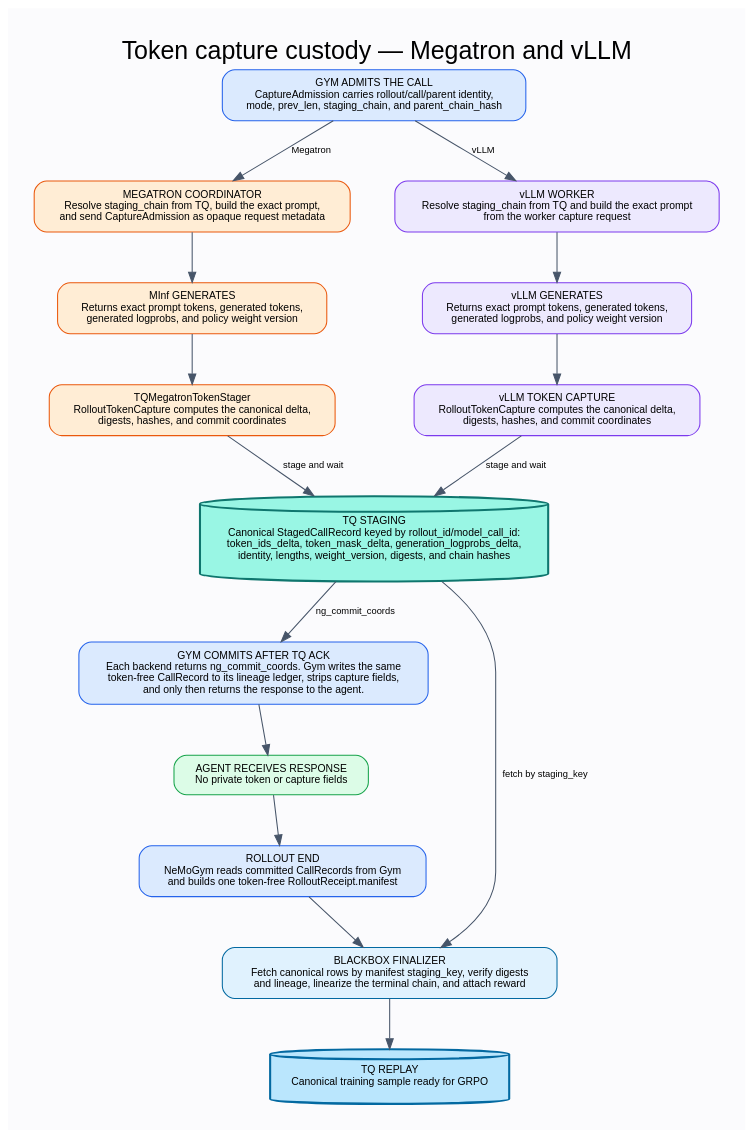
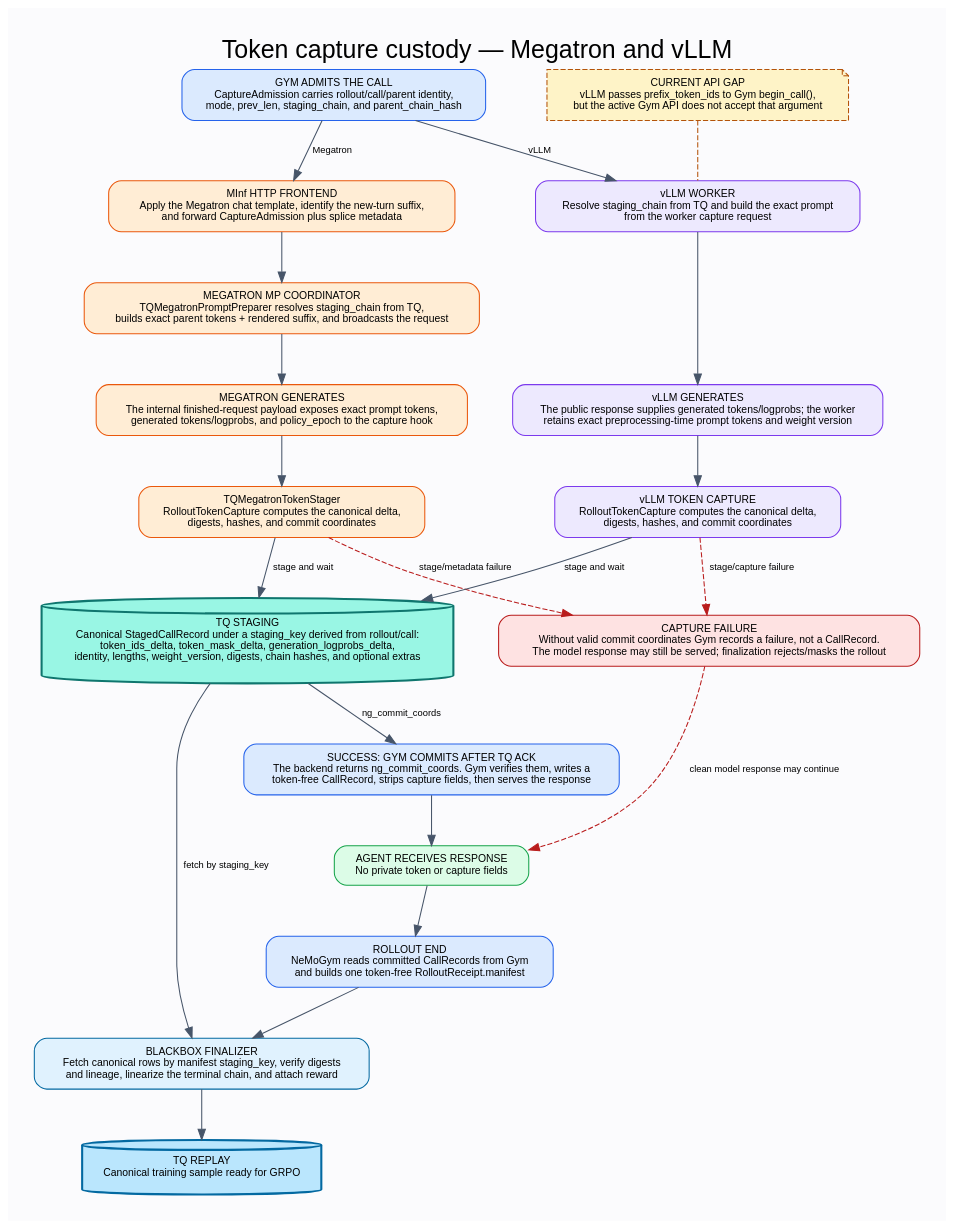
Before and after one commit to lauradang/RL: the diagram in docs/assets/token-capture-ledger-queue-data-flow.dot, drawn with Graphviz. The commit also changed 1 other file, not shown here.

Commit message:
docs(token-capture): clarify backend custody flow

```diff
--- a/docs/assets/token-capture-ledger-queue-data-flow.dot
+++ b/docs/assets/token-capture-ledger-queue-data-flow.dot
@@ -1,128 +1,153 @@
 digraph token_capture_flow {
   graph [
     rankdir=TB,
     bgcolor="#fbfbfd",
     pad="0.35",
     nodesep="0.6",
     ranksep="0.65",
     fontname="Helvetica",
     labelloc="t",
     label="Token capture custody — Megatron and vLLM",
     fontsize=24
   ];
 
   node [
     shape=box,
     style="rounded,filled",
     fillcolor="white",
     color="#475569",
     fontname="Helvetica",
     fontsize=10,
     margin="0.16,0.11"
   ];
   edge [color="#475569", fontname="Helvetica", fontsize=9];
 
   gym_request [
     color="#2563eb",
     fillcolor="#dbeafe",
     label="GYM ADMITS THE CALL\nCaptureAdmission carries rollout/call/parent identity,\nmode, prev_len, staging_chain, and parent_chain_hash"
   ];
 
+  minf_frontend [
+    group="left",
+    color="#ea580c",
+    fillcolor="#ffedd5",
+    label="MInf HTTP FRONTEND\nApply the Megatron chat template, identify the new-turn suffix,\nand forward CaptureAdmission plus splice metadata"
+  ];
   megatron_prepare [
     group="left",
     color="#ea580c",
     fillcolor="#ffedd5",
-    label="MEGATRON COORDINATOR\nResolve staging_chain from TQ, build the exact prompt,\nand send CaptureAdmission as opaque request metadata"
+    label="MEGATRON MP COORDINATOR\nTQMegatronPromptPreparer resolves staging_chain from TQ,\nbuilds exact parent tokens + rendered suffix, and broadcasts the request"
   ];
   vllm_prepare [
     group="right",
     color="#7c3aed",
     fillcolor="#ede9fe",
     label="vLLM WORKER\nResolve staging_chain from TQ and build the exact prompt\nfrom the worker capture request"
   ];
 
   megatron_generate [
     group="left",
     color="#ea580c",
     fillcolor="#ffedd5",
-    label="MInf GENERATES\nReturns exact prompt tokens, generated tokens,\ngenerated logprobs, and policy weight version"
+    label="MEGATRON GENERATES\nThe internal finished-request payload exposes exact prompt tokens,\ngenerated tokens/logprobs, and policy_epoch to the capture hook"
   ];
   vllm_generate [
     group="right",
     color="#7c3aed",
     fillcolor="#ede9fe",
-    label="vLLM GENERATES\nReturns exact prompt tokens, generated tokens,\ngenerated logprobs, and policy weight version"
+    label="vLLM GENERATES\nThe public response supplies generated tokens/logprobs; the worker\nretains exact preprocessing-time prompt tokens and weight version"
   ];
 
   megatron_capture [
     group="left",
     color="#ea580c",
     fillcolor="#ffedd5",
     label="TQMegatronTokenStager\nRolloutTokenCapture computes the canonical delta,\ndigests, hashes, and commit coordinates"
   ];
   vllm_capture [
     group="right",
     color="#7c3aed",
     fillcolor="#ede9fe",
     label="vLLM TOKEN CAPTURE\nRolloutTokenCapture computes the canonical delta,\ndigests, hashes, and commit coordinates"
   ];
 
   tq_staging [
     shape=cylinder,
     color="#0f766e",
     fillcolor="#99f6e4",
     penwidth=2,
-    label="TQ STAGING\nCanonical StagedCallRecord keyed by rollout_id/model_call_id:\ntoken_ids_delta, token_mask_delta, generation_logprobs_delta,\nidentity, lengths, weight_version, digests, and chain hashes"
+    label="TQ STAGING\nCanonical StagedCallRecord under a staging_key derived from rollout/call:\ntoken_ids_delta, token_mask_delta, generation_logprobs_delta,\nidentity, lengths, weight_version, digests, chain hashes, and optional extras"
   ];
 
   gym_commit [
     color="#2563eb",
     fillcolor="#dbeafe",
-    label="GYM COMMITS AFTER TQ ACK\nEach backend returns ng_commit_coords. Gym writes the same\ntoken-free CallRecord to its lineage ledger, strips capture fields,\nand only then returns the response to the agent."
+    label="SUCCESS: GYM COMMITS AFTER TQ ACK\nThe backend returns ng_commit_coords. Gym verifies them, writes a\ntoken-free CallRecord, strips capture fields, then serves the response"
+  ];
+
+  capture_failure [
+    color="#b91c1c",
+    fillcolor="#fee2e2",
+    label="CAPTURE FAILURE\nWithout valid commit coordinates Gym records a failure, not a CallRecord.\nThe model response may still be served; finalization rejects/masks the rollout"
   ];
 
   agent [
     color="#16a34a",
     fillcolor="#dcfce7",
     label="AGENT RECEIVES RESPONSE\nNo private token or capture fields"
   ];
 
   receipt [
     color="#2563eb",
     fillcolor="#dbeafe",
     label="ROLLOUT END\nNeMoGym reads committed CallRecords from Gym\nand builds one token-free RolloutReceipt.manifest"
   ];
 
   finalizer [
     color="#0369a1",
     fillcolor="#e0f2fe",
     label="BLACKBOX FINALIZER\nFetch canonical rows by manifest staging_key, verify digests\nand lineage, linearize the terminal chain, and attach reward"
   ];
 
   tq_replay [
     shape=cylinder,
     color="#0369a1",
     fillcolor="#bae6fd",
     penwidth=2,
     label="TQ REPLAY\nCanonical training sample ready for GRPO"
   ];
 
-  gym_request -> megatron_prepare [label="Megatron"];
+  vllm_api_gap [
+    shape=note,
+    style="filled,dashed",
+    color="#b45309",
+    fillcolor="#fef3c7",
+    label="CURRENT API GAP\nvLLM passes prefix_token_ids to Gym begin_call(),\nbut the active Gym API does not accept that argument"
+  ];
+
+  gym_request -> minf_frontend [label="Megatron"];
   gym_request -> vllm_prepare [label="vLLM"];
+  minf_frontend -> megatron_prepare;
   megatron_prepare -> megatron_generate;
   vllm_prepare -> vllm_generate;
   megatron_generate -> megatron_capture;
   vllm_generate -> vllm_capture;
   megatron_capture -> tq_staging [label="stage and wait"];
   vllm_capture -> tq_staging [label="stage and wait"];
+  megatron_capture -> capture_failure [label="stage/metadata failure", style=dashed, color="#b91c1c"];
+  vllm_capture -> capture_failure [label="stage/capture failure", style=dashed, color="#b91c1c"];
   tq_staging -> gym_commit [label="ng_commit_coords"];
   gym_commit -> agent;
+  capture_failure -> agent [label="clean model response may continue", style=dashed, color="#b91c1c"];
   agent -> receipt;
   receipt -> finalizer;
   finalizer -> tq_staging [label="fetch by staging_key", dir=back];
   finalizer -> tq_replay;
+  vllm_api_gap -> vllm_prepare [style=dashed, color="#b45309", arrowhead=none];
 
-  { rank=same; megatron_prepare; vllm_prepare; }
+  { rank=same; minf_frontend; vllm_prepare; }
   { rank=same; megatron_generate; vllm_generate; }
   { rank=same; megatron_capture; vllm_capture; }
 }
```
